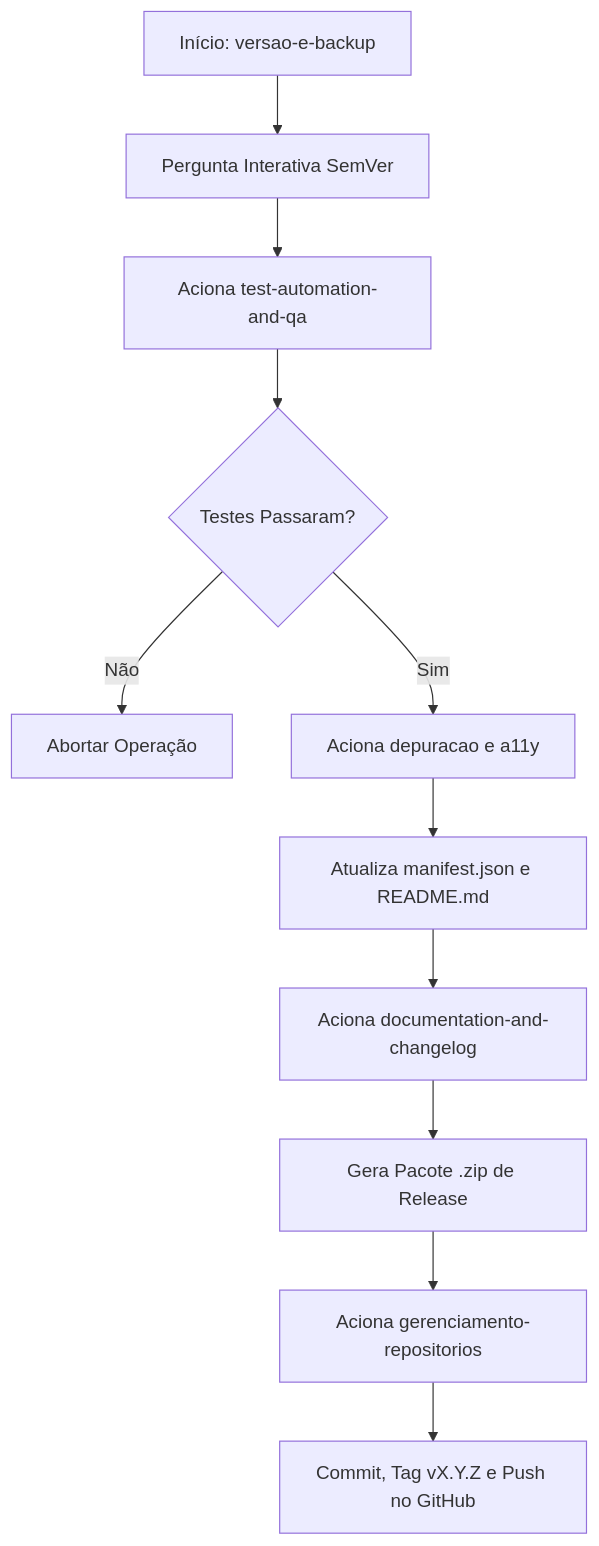
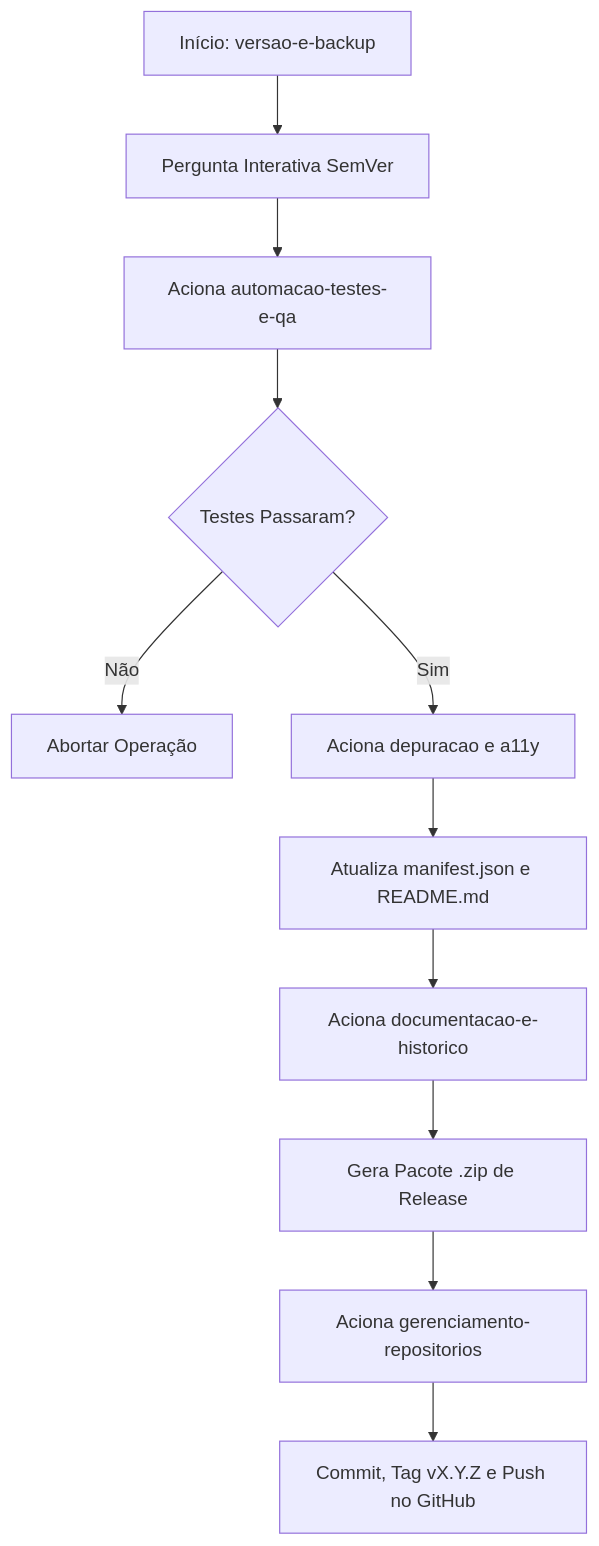
Before and after one commit to JaderBrito09/extensao_geral: the diagram in .gemini/skills/versao-e-backup/SKILL.md, drawn with Mermaid. The commit also changed other lines of this file and 30 other files, not shown here.

````diff
--- a/.gemini/skills/versao-e-backup/SKILL.md
+++ b/.gemini/skills/versao-e-backup/SKILL.md
@@ -24,13 +24,13 @@
 ```mermaid
 flowchart TD
     A[Início: versao-e-backup] --> B[Pergunta Interativa SemVer]
-    B --> C[Aciona test-automation-and-qa]
+    B --> C[Aciona automacao-testes-e-qa]
     C --> D{Testes Passaram?}
     D -- Não --> E[Abortar Operação]
     D -- Sim --> F[Aciona depuracao e a11y]
     F --> G[Atualiza manifest.json e README.md]
-    G --> H[Aciona documentation-and-changelog]
+    G --> H[Aciona documentacao-e-historico]
     H --> I[Gera Pacote .zip de Release]
     I --> J[Aciona gerenciamento-repositorios]
     J --> K[Commit, Tag vX.Y.Z e Push no GitHub]
 ```
````
